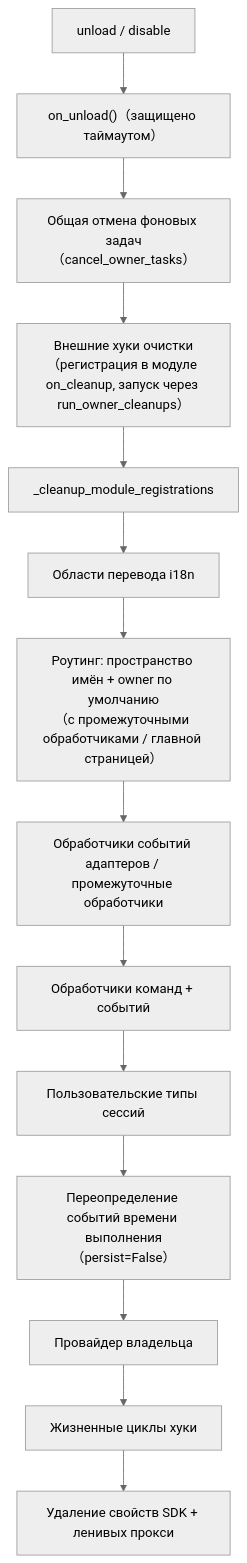
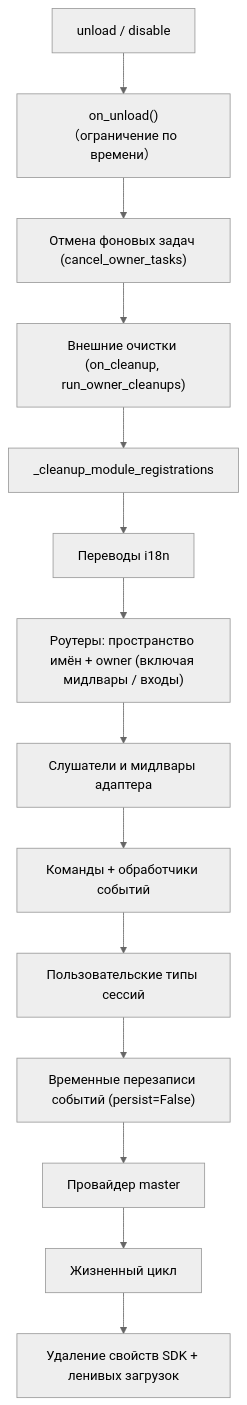
Before and after one commit to ErisPulse/ErisPulse: the diagram in docs/ru/advanced/ownership.md, drawn with Mermaid (neutral theme). The commit also changed other lines of this file and 19 other files, not shown here.

````diff
--- a/docs/ru/advanced/ownership.md
+++ b/docs/ru/advanced/ownership.md
@@ -75,16 +75,16 @@
 ```mermaid
 flowchart TD
-    A["unload / disable"] --> B["on_unload()（защищено таймаутом）"]
-    B --> C["Общая отмена фоновых задач（cancel_owner_tasks）"]
-    C --> C1["Внешние хуки очистки<br/>（регистрация в модуле on_cleanup, запуск через run_owner_cleanups）"]
+    A["unload / disable"] --> B["on_unload()（ограничение по времени）"]
+    B --> C["Отмена фоновых задач (cancel_owner_tasks)"]
+    C --> C1["Внешние очистки (on_cleanup, run_owner_cleanups)"]
     C1 --> D["_cleanup_module_registrations"]
-    D --> D1["Области перевода i18n"]
-    D1 --> D2["Роутинг: пространство имён + owner по умолчанию<br/>（с промежуточными обработчиками / главной страницей）"]
-    D2 --> D3["Обработчики событий адаптеров / промежуточные обработчики"]
-    D3 --> D4["Обработчики команд + событий"]
+    D --> D1["Переводы i18n"]
+    D1 --> D2["Роутеры: пространство имён + owner (включая мидлвары / входы)"]
+    D2 --> D3["Слушатели и мидлвары адаптера"]
+    D3 --> D4["Команды + обработчики событий"]
     D4 --> D5["Пользовательские типы сессий"]
-    D5 --> D6["Переопределение событий времени выполнения（persist=False）"]
-    D6 --> D7["Провайдер владельца"]
-    D7 --> D8["Жизненные циклы хуки"]
-    D8 --> E["Удаление свойств SDK + ленивых прокси"]
+    D5 --> D6["Временные перезаписи событий (persist=False)"]
+    D6 --> D7["Провайдер master"]
+    D7 --> D8["Жизненный цикл"]
+    D8 --> E["Удаление свойств SDK + ленивых загрузок"]
 ```
````
